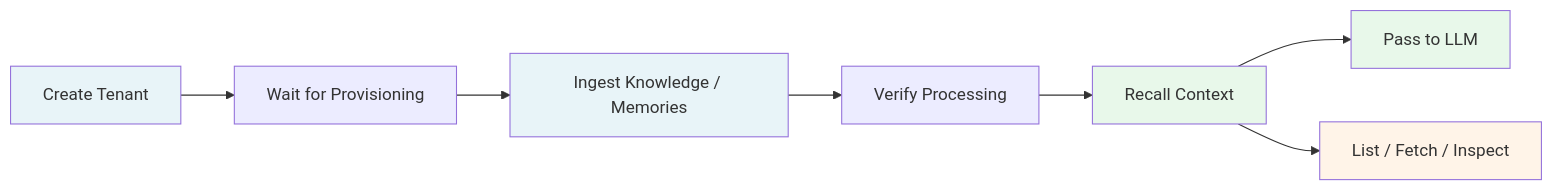
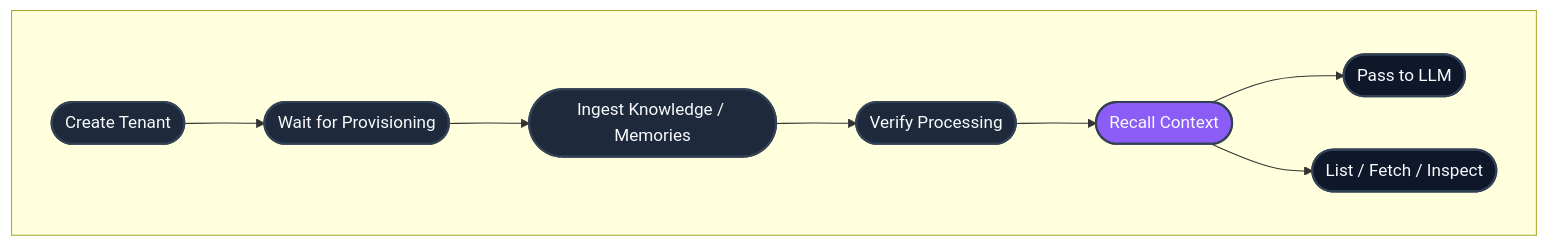
The diagram in api-reference/index.mdx (donendosted/mintlify-docs), drawn with Mermaid before and after one commit. The commit also changed 5 other files, not shown here.

````diff
--- a/api-reference/index.mdx
+++ b/api-reference/index.mdx
@@ -29,15 +29,21 @@
 ```mermaid
 flowchart LR
-    A[Create Tenant] --> B[Wait for Provisioning]
-    B --> C[Ingest Knowledge / Memories]
-    C --> D[Verify Processing]
-    D --> E[Recall Context]
-    E --> F[Pass to LLM]
-    E --> G[List / Fetch / Inspect]
 
-    style A fill:#e8f4f8
-    style C fill:#e8f4f8
-    style E fill:#e8f8ea
-    style F fill:#e8f8ea
-    style G fill:#fff4e8
+    subgraph Tenant Lifecycle [" "]
+      direction LR
+      A([Create Tenant])-->B([Wait for Provisioning])
+      B-->C([Ingest Knowledge / Memories])
+      C-->D([Verify Processing])
+      D-->E([Recall Context])
+      E-->F([Pass to LLM])
+      E-->G([List / Fetch / Inspect])
+    end
+
+    style A fill:#1e293b,stroke:#334155,stroke-width:2px,color:#f8fafc
+    style B fill:#1e293b,stroke:#334155,stroke-width:2px,color:#f8fafc
+    style C fill:#1e293b,stroke:#334155,stroke-width:2px,color:#f8fafc
+    style D fill:#1e293b,stroke:#334155,stroke-width:2px,color:#f8fafc
+    style E fill:#8b5cf6,stroke:#334155,stroke-width:2px,color:#f8fafc
+    style F fill:#0f172a,stroke:#334155,stroke-width:2px,color:#f8fafc
+    style G fill:#0f172a,stroke:#334155,stroke-width:2px,color:#f8fafc
 ```
````
